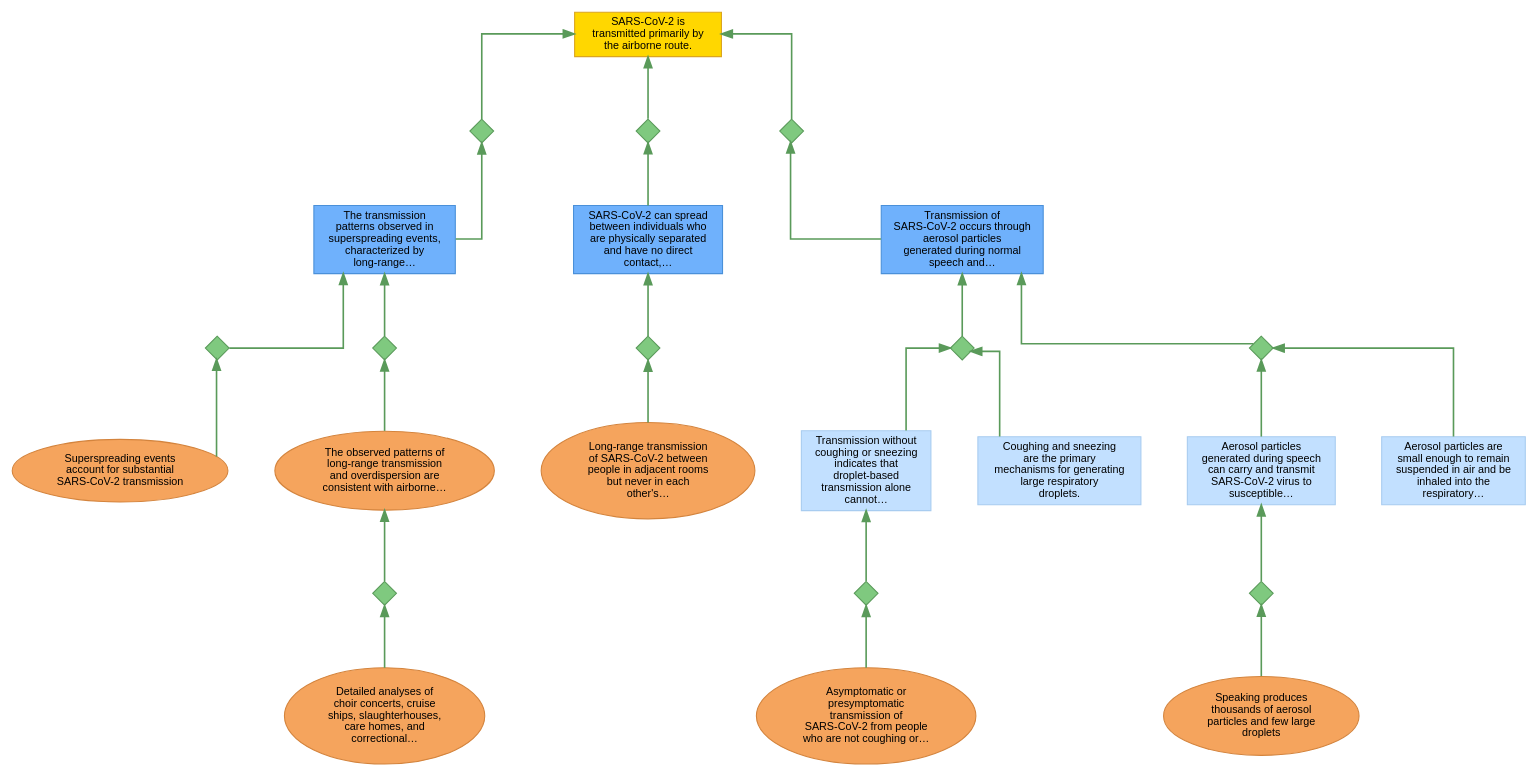
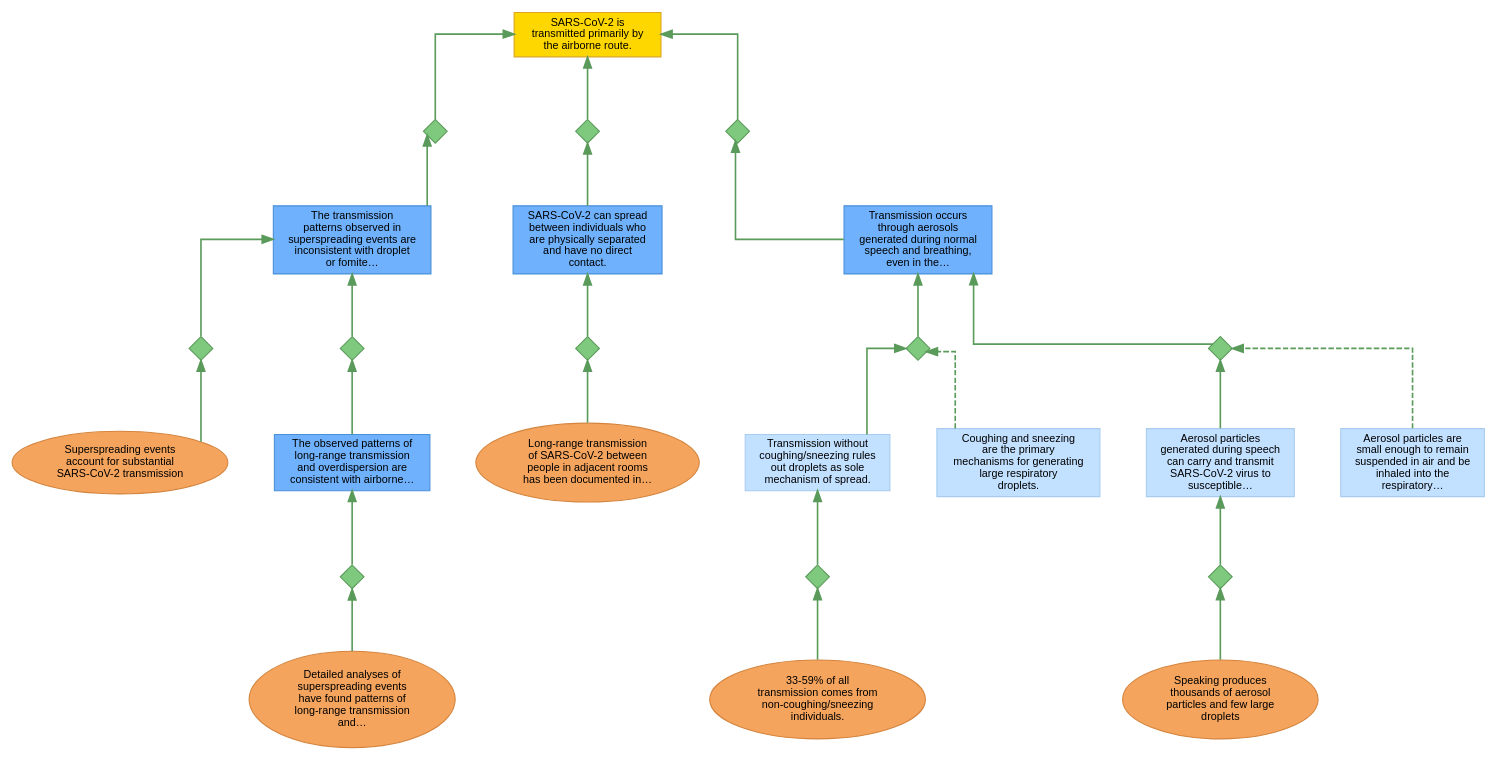
The diagram in examples/argument_graph.dot (blue-eclectus/SciArgGraph), drawn with Graphviz before and after one commit. The commit also changed 6 other files, not shown here.

Commit message:
Simplify example graph and fix SVG exporter   - Remove base_rate and strength from example (use defaults)   - Remove extraction metadata from example   - Fix SVG exporter to use Graphviz native output   - Add visualization screenshot to README with link to interactive version

```diff
--- a/examples/argument_graph.dot
+++ b/examples/argument_graph.dot
@@ -1,68 +1,68 @@
 digraph argument_graph {
     // Graph settings
     rankdir=BT;
     splines=ortho;
     nodesep=0.6;
     ranksep=0.8;
     bgcolor=white;
 
     // Node defaults
     node [fontname="Helvetica", fontsize=10];
     edge [fontname="Helvetica", fontsize=9];
 
     // Content nodes
     "C1" [label="SARS-CoV-2 is\ntransmitted primarily by\nthe airborne route.", shape=box, style=filled, fillcolor="#FFD700", color="#DAA520"];
-    "SC1" [label="The transmission\npatterns observed in\nsuperspreading events,\ncharacterized by\nlong-range…", shape=box, style=filled, fillcolor="#6FB1FC", color="#4A90D9"];
+    "SC1" [label="The transmission\npatterns observed in\nsuperspreading events are\ninconsistent with droplet\nor fomite…", shape=box, style=filled, fillcolor="#6FB1FC", color="#4A90D9"];
     "S1" [label="Superspreading events\naccount for substantial\nSARS-CoV-2 transmission", shape=ellipse, style=filled, fillcolor="#F5A45D", color="#D4843D"];
-    "S2" [label="Detailed analyses of\nchoir concerts, cruise\nships, slaughterhouses,\ncare homes, and\ncorrectional…", shape=ellipse, style=filled, fillcolor="#F5A45D", color="#D4843D"];
-    "S3" [label="The observed patterns of\nlong-range transmission\nand overdispersion are\nconsistent with airborne…", shape=ellipse, style=filled, fillcolor="#F5A45D", color="#D4843D"];
-    "SC2" [label="SARS-CoV-2 can spread\nbetween individuals who\nare physically separated\nand have no direct\ncontact,…", shape=box, style=filled, fillcolor="#6FB1FC", color="#4A90D9"];
-    "S4" [label="Long-range transmission\nof SARS-CoV-2 between\npeople in adjacent rooms\nbut never in each\nother's…", shape=ellipse, style=filled, fillcolor="#F5A45D", color="#D4843D"];
-    "SC3" [label="Transmission of\nSARS-CoV-2 occurs through\naerosol particles\ngenerated during normal\nspeech and…", shape=box, style=filled, fillcolor="#6FB1FC", color="#4A90D9"];
-    "S5" [label="Asymptomatic or\npresymptomatic\ntransmission of\nSARS-CoV-2 from people\nwho are not coughing or…", shape=ellipse, style=filled, fillcolor="#F5A45D", color="#D4843D"];
+    "S2" [label="Detailed analyses of\nsuperspreading events\nhave found patterns of\nlong-range transmission\nand…", shape=ellipse, style=filled, fillcolor="#F5A45D", color="#D4843D"];
+    "S3" [label="The observed patterns of\nlong-range transmission\nand overdispersion are\nconsistent with airborne…", shape=box, style=filled, fillcolor="#6FB1FC", color="#4A90D9"];
+    "SC2" [label="SARS-CoV-2 can spread\nbetween individuals who\nare physically separated\nand have no direct\ncontact.", shape=box, style=filled, fillcolor="#6FB1FC", color="#4A90D9"];
+    "S4" [label="Long-range transmission\nof SARS-CoV-2 between\npeople in adjacent rooms\nhas been documented in…", shape=ellipse, style=filled, fillcolor="#F5A45D", color="#D4843D"];
+    "SC3" [label="Transmission occurs\nthrough aerosols\ngenerated during normal\nspeech and breathing,\neven in the…", shape=box, style=filled, fillcolor="#6FB1FC", color="#4A90D9"];
+    "S5" [label="33-59% of all\ntransmission comes from\nnon-coughing/sneezing\nindividuals.", shape=ellipse, style=filled, fillcolor="#F5A45D", color="#D4843D"];
     "S6" [label="Speaking produces\nthousands of aerosol\nparticles and few large\ndroplets", shape=ellipse, style=filled, fillcolor="#F5A45D", color="#D4843D"];
-    "P_7b77a94b" [label="Transmission without\ncoughing or sneezing\nindicates that\ndroplet-based\ntransmission alone\ncannot…", shape=box, style=filled, fillcolor="#C2E0FF", color="#A8CCF0"];
+    "P_7b77a94b" [label="Transmission without\ncoughing/sneezing rules\nout droplets as sole\nmechanism of spread.", shape=box, style=filled, fillcolor="#C2E0FF", color="#A8CCF0"];
     "P_176d8424" [label="Aerosol particles\ngenerated during speech\ncan carry and transmit\nSARS-CoV-2 virus to\nsusceptible…", shape=box, style=filled, fillcolor="#C2E0FF", color="#A8CCF0"];
     "P_7b77a94b_SC3_aux1" [label="Coughing and sneezing\nare the primary\nmechanisms for generating\nlarge respiratory\ndroplets.", shape=box, style=filled, fillcolor="#C2E0FF", color="#A8CCF0"];
     "P_176d8424_SC3_aux1" [label="Aerosol particles are\nsmall enough to remain\nsuspended in air and be\ninhaled into the\nrespiratory…", shape=box, style=filled, fillcolor="#C2E0FF", color="#A8CCF0"];
 
     // Link nodes
     "link_093181" [label="", shape=diamond, style=filled, fillcolor="#7FC97F", color="#5A9A5A", width=0.3, height=0.3, fixedsize=true];
     "link_8e5954" [label="", shape=diamond, style=filled, fillcolor="#7FC97F", color="#5A9A5A", width=0.3, height=0.3, fixedsize=true];
     "link_dee4b8" [label="", shape=diamond, style=filled, fillcolor="#7FC97F", color="#5A9A5A", width=0.3, height=0.3, fixedsize=true];
     "link_accc24" [label="", shape=diamond, style=filled, fillcolor="#7FC97F", color="#5A9A5A", width=0.3, height=0.3, fixedsize=true];
     "link_e07209" [label="", shape=diamond, style=filled, fillcolor="#7FC97F", color="#5A9A5A", width=0.3, height=0.3, fixedsize=true];
     "link_2b15aa" [label="", shape=diamond, style=filled, fillcolor="#7FC97F", color="#5A9A5A", width=0.3, height=0.3, fixedsize=true];
     "link_2609ba" [label="", shape=diamond, style=filled, fillcolor="#7FC97F", color="#5A9A5A", width=0.3, height=0.3, fixedsize=true];
     "link_373b80" [label="", shape=diamond, style=filled, fillcolor="#7FC97F", color="#5A9A5A", width=0.3, height=0.3, fixedsize=true];
     "link_625127" [label="", shape=diamond, style=filled, fillcolor="#7FC97F", color="#5A9A5A", width=0.3, height=0.3, fixedsize=true];
     "link_456fe3" [label="", shape=diamond, style=filled, fillcolor="#7FC97F", color="#5A9A5A", width=0.3, height=0.3, fixedsize=true];
     "link_97d56f" [label="", shape=diamond, style=filled, fillcolor="#7FC97F", color="#5A9A5A", width=0.3, height=0.3, fixedsize=true];
 
     // Link edges
     "S2" -> "link_093181" [color="#5A9A5A", penwidth=1.5];
     "link_093181" -> "S3" [color="#5A9A5A", penwidth=1.5];
     "S1" -> "link_8e5954" [color="#5A9A5A", penwidth=1.5];
     "link_8e5954" -> "SC1" [color="#5A9A5A", penwidth=1.5];
     "S3" -> "link_dee4b8" [color="#5A9A5A", penwidth=1.5];
     "link_dee4b8" -> "SC1" [color="#5A9A5A", penwidth=1.5];
     "SC1" -> "link_accc24" [color="#5A9A5A", penwidth=1.5];
     "link_accc24" -> "C1" [color="#5A9A5A", penwidth=1.5];
     "SC2" -> "link_e07209" [color="#5A9A5A", penwidth=1.5];
     "link_e07209" -> "C1" [color="#5A9A5A", penwidth=1.5];
     "SC3" -> "link_2b15aa" [color="#5A9A5A", penwidth=1.5];
     "link_2b15aa" -> "C1" [color="#5A9A5A", penwidth=1.5];
     "S4" -> "link_2609ba" [color="#5A9A5A", penwidth=1.5];
     "link_2609ba" -> "SC2" [color="#5A9A5A", penwidth=1.5];
     "S5" -> "link_373b80" [color="#5A9A5A", penwidth=1.5];
     "link_373b80" -> "P_7b77a94b" [color="#5A9A5A", penwidth=1.5];
     "S6" -> "link_625127" [color="#5A9A5A", penwidth=1.5];
     "link_625127" -> "P_176d8424" [color="#5A9A5A", penwidth=1.5];
     "P_7b77a94b" -> "link_456fe3" [color="#5A9A5A", penwidth=1.5];
-    "P_7b77a94b_SC3_aux1" -> "link_456fe3" [color="#5A9A5A", penwidth=1.5];
+    "P_7b77a94b_SC3_aux1" -> "link_456fe3" [color="#5A9A5A", penwidth=1.5, style=dashed];
     "link_456fe3" -> "SC3" [color="#5A9A5A", penwidth=1.5];
     "P_176d8424" -> "link_97d56f" [color="#5A9A5A", penwidth=1.5];
-    "P_176d8424_SC3_aux1" -> "link_97d56f" [color="#5A9A5A", penwidth=1.5];
+    "P_176d8424_SC3_aux1" -> "link_97d56f" [color="#5A9A5A", penwidth=1.5, style=dashed];
     "link_97d56f" -> "SC3" [color="#5A9A5A", penwidth=1.5];
 
 }
```
